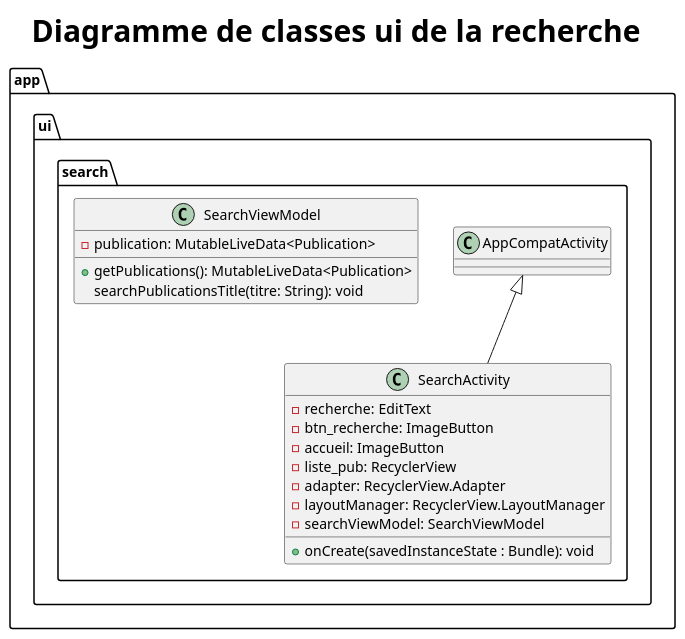
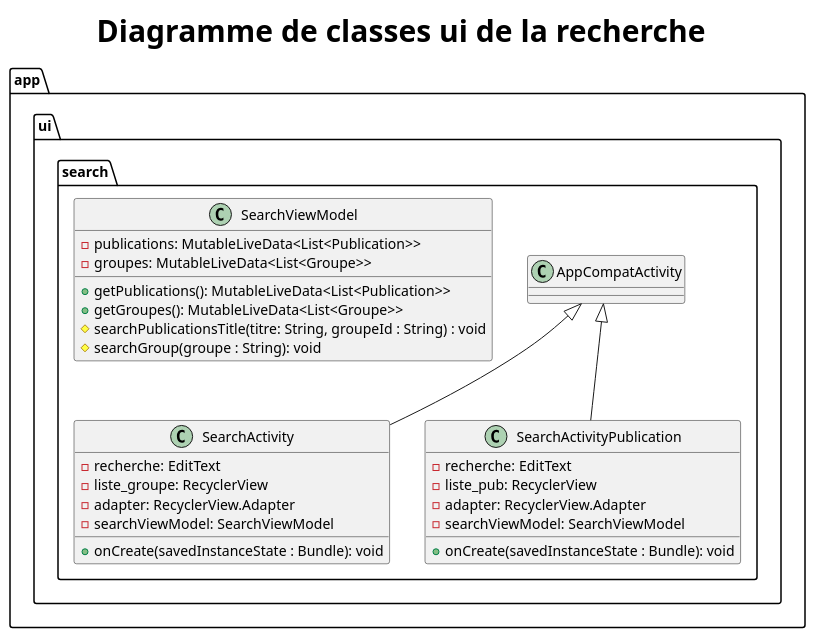
Before and after one commit to SefkanTas/Sonofy: the diagram in app/docs/asciidoc/models/modelui.puml, drawn with PlantUML. The commit also changed 9 other files, not shown here.

```diff
--- a/app/docs/asciidoc/models/modelui.puml
+++ b/app/docs/asciidoc/models/modelui.puml
@@ -1,31 +1,39 @@
 @startuml modelui
 title <size:30><b>Diagramme de classes ui de la recherche</b></size>
 
 package app{
 
   package ui{
 
     package search{
 
         class SearchActivity extends AppCompatActivity {
             - recherche: EditText
-            - btn_recherche: ImageButton
-            - accueil: ImageButton
-            - liste_pub: RecyclerView
+            - liste_groupe: RecyclerView
             - adapter: RecyclerView.Adapter
-            - layoutManager: RecyclerView.LayoutManager
             - searchViewModel: SearchViewModel
 
             + onCreate(savedInstanceState : Bundle): void
         }
 
+         class SearchActivityPublication extends AppCompatActivity {
+                    - recherche: EditText
+                    - liste_pub: RecyclerView
+                    - adapter: RecyclerView.Adapter
+                    - searchViewModel: SearchViewModel
+
+                    + onCreate(savedInstanceState : Bundle): void
+                }
+
         class SearchViewModel{
-              - publication: MutableLiveData<Publication>
-
-              + getPublications(): MutableLiveData<Publication>
-              searchPublicationsTitle(titre: String): void
+              - publications: MutableLiveData<List<Publication>>
+              - groupes: MutableLiveData<List<Groupe>>
+              + getPublications(): MutableLiveData<List<Publication>>
+              + getGroupes(): MutableLiveData<List<Groupe>>
+              # searchPublicationsTitle(titre: String, groupeId : String) : void
+              # searchGroup(groupe : String): void
         }
        }
     }
  }
 @enduml
```
